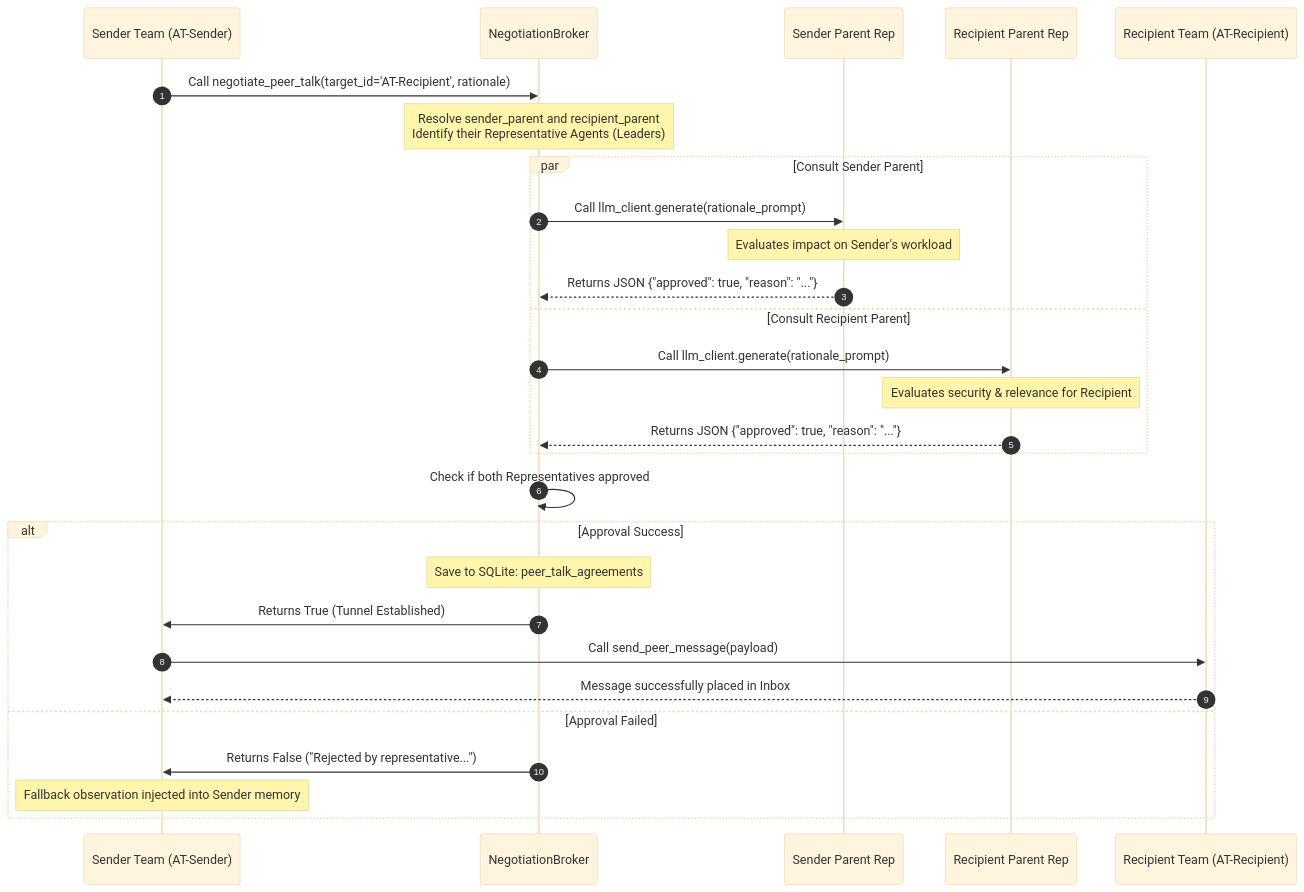
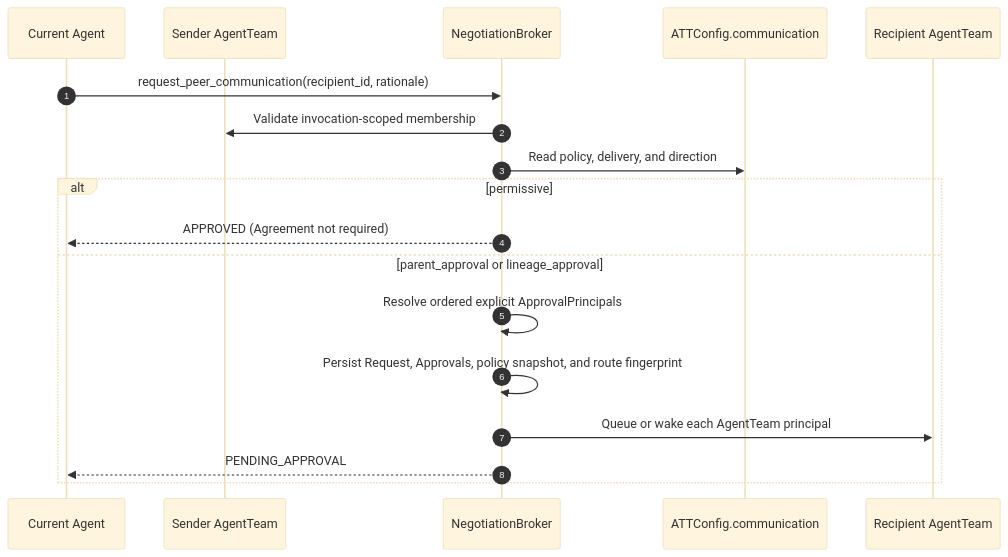
The second of 6 diagrams in docs/flowcharts/Lineage_Tree_Mutations.md (AI-Team-Team/AI-Team-Team), drawn with Mermaid (base theme) before and after one commit. The commit also changed other lines of this file and 32 other files, not shown here.

````diff
--- a/docs/flowcharts/Lineage_Tree_Mutations.md
+++ b/docs/flowcharts/Lineage_Tree_Mutations.md
@@ -69,36 +33,21 @@
 ```mermaid
 sequenceDiagram
     autonumber
-    participant T1 as Sender Team (AT-Sender)
+    participant Agent as Current Agent
+    participant Sender as Sender AgentTeam
     participant Broker as NegotiationBroker
-    participant P1_Rep as Sender Parent Rep
-    participant P2_Rep as Recipient Parent Rep
-    participant T2 as Recipient Team (AT-Recipient)
+    participant Config as ATTConfig.communication
+    participant Recipient as Recipient AgentTeam
 
-    T1->>Broker: Call negotiate_peer_talk(target_id='AT-Recipient', rationale)
-    
-    Note over Broker: Resolve sender_parent and recipient_parent<br/>Identify their Representative Agents (Leaders)
-    
-    %% Parallel Arbitration Loop
-    par Consult Sender Parent
-        Broker->>P1_Rep: Call llm_client.generate(rationale_prompt)
-        Note over P1_Rep: Evaluates impact on Sender's workload
-        P1_Rep-->>Broker: Returns JSON {"approved": true, "reason": "..."}
-    and Consult Recipient Parent
-        Broker->>P2_Rep: Call llm_client.generate(rationale_prompt)
-        Note over P2_Rep: Evaluates security & relevance for Recipient
-        P2_Rep-->>Broker: Returns JSON {"approved": true, "reason": "..."}
-    end
-    
-    Broker->>Broker: Check if both Representatives approved
-    
-    alt Approval Success
-        Note over Broker: Save to SQLite: peer_talk_agreements
-        Broker->>T1: Returns True (Tunnel Established)
-        T1->>T2: Call send_peer_message(payload)
-        T2-->>T1: Message successfully placed in Inbox
-    else Approval Failed
-        Broker->>T1: Returns False ("Rejected by representative...")
-        Note over T1: Fallback observation injected into Sender memory
+    Agent->>Broker: request_peer_communication(recipient_id, rationale)
+    Broker->>Sender: Validate invocation-scoped membership
+    Broker->>Config: Read policy, delivery, and direction
+    alt permissive
+        Broker-->>Agent: APPROVED (Agreement not required)
+    else parent_approval or lineage_approval
+        Broker->>Broker: Resolve ordered explicit ApprovalPrincipals
+        Broker->>Broker: Persist Request, Approvals, policy snapshot, and route fingerprint
+        Broker->>Recipient: Queue or wake each AgentTeam principal
+        Broker-->>Agent: PENDING_APPROVAL
     end
 ```
````
